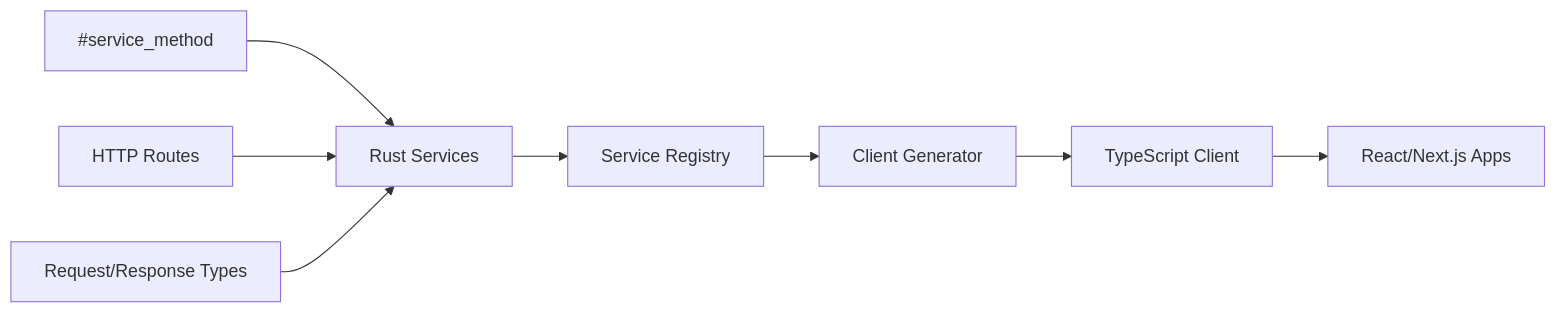
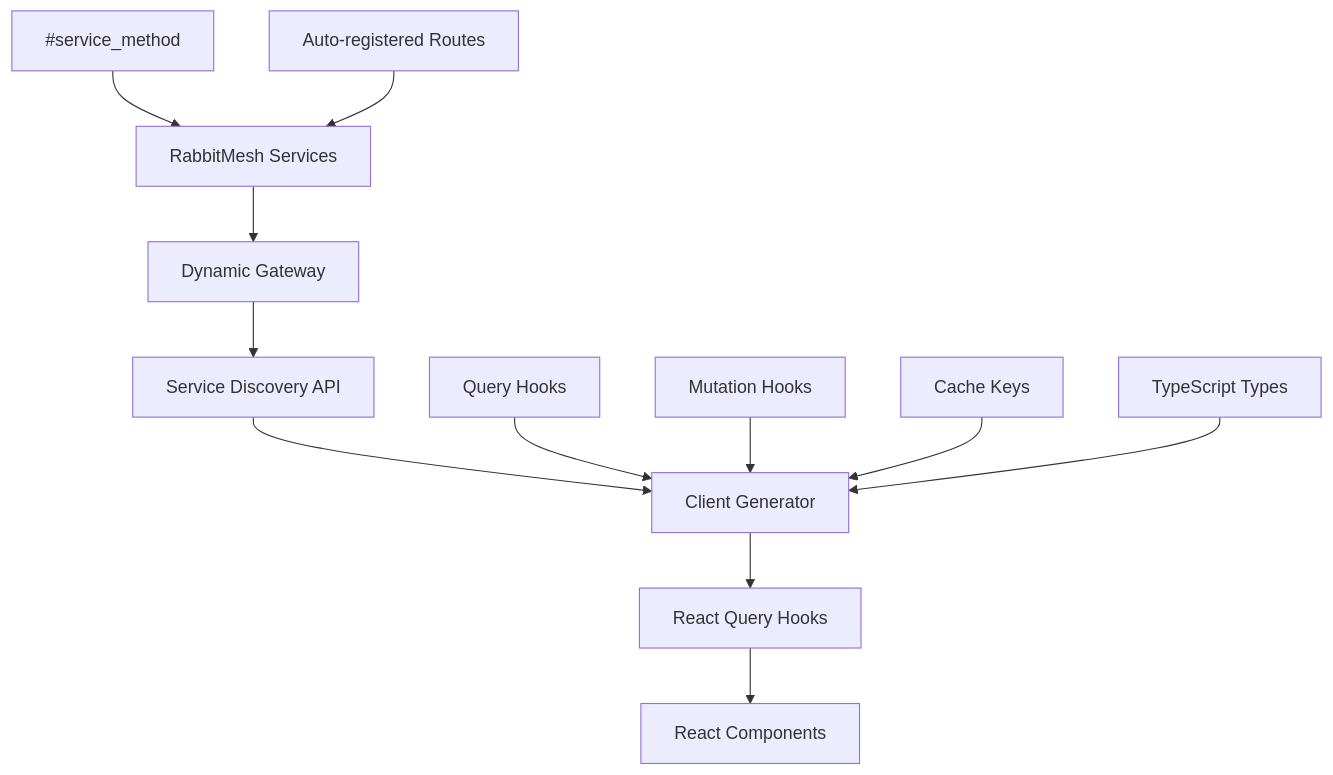
The diagram in client-generator/README.md (hangsiahong/rabbitmesh-lib), drawn with Mermaid before and after one commit. The commit also changed other lines of this file, not shown here.

````diff
--- a/client-generator/README.md
+++ b/client-generator/README.md
@@ -196,11 +291,15 @@
 ```mermaid
-graph LR
-    A[Rust Services] --> B[Service Registry]
-    B --> C[Client Generator]
-    C --> D[TypeScript Client]
-    D --> E[React/Next.js Apps]
+graph TB
+    A[RabbitMesh Services] --> B[Dynamic Gateway]
+    B --> C[Service Discovery API]
+    C --> D[Client Generator]
+    D --> E[React Query Hooks]
+    E --> F[React Components]
     
     A1[#service_method] --> A
-    A2[HTTP Routes] --> A
-    A3[Request/Response Types] --> A
+    A2[Auto-registered Routes] --> A
+    D1[Query Hooks] --> D
+    D2[Mutation Hooks] --> D
+    D3[Cache Keys] --> D
+    D4[TypeScript Types] --> D
 ```
````
